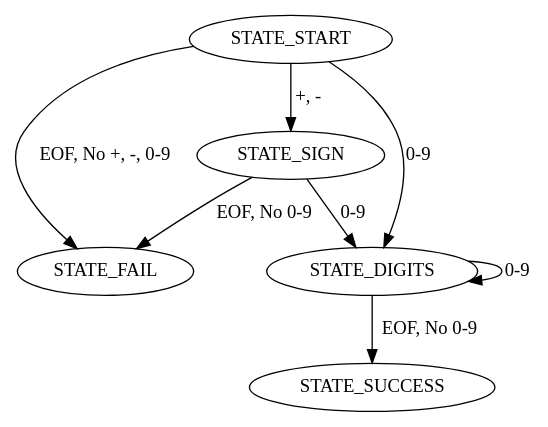
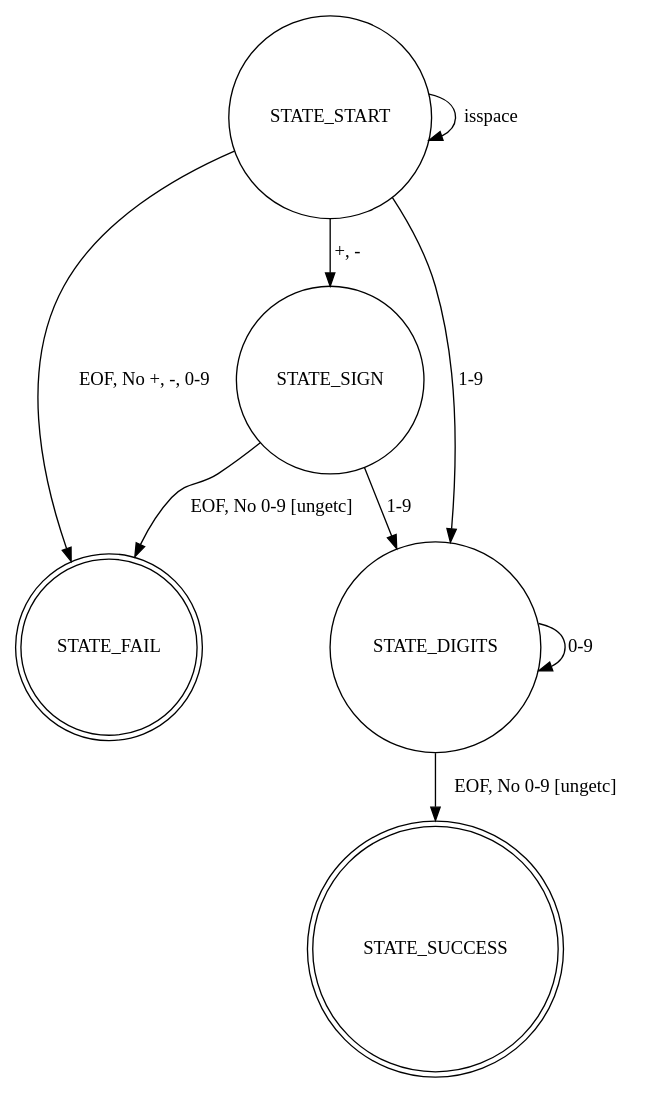
Before and after one commit to acoaquiraticona/SSLALE23: the diagram in 02-Sumadores/ConstanteDecimalC23.gv, drawn with Graphviz. The commit also changed 2 other files, not shown here.

```diff
--- a/02-Sumadores/ConstanteDecimalC23.gv
+++ b/02-Sumadores/ConstanteDecimalC23.gv
@@ -1,13 +1,18 @@
 digraph G {
+    node [shape = doublecircle]; STATE_SUCCESS; STATE_FAIL;
+    node [shape = circle];
+
+    STATE_START -> STATE_START [label = "isspace"];
+    STATE_START -> STATE_SIGN [label = "+, -"];
+    STATE_START -> STATE_DIGITS [label = "1-9"];
     STATE_START -> STATE_FAIL [label="EOF, No +, -, 0-9"];
-    STATE_START -> STATE_SIGN [label = "+, -"];
-    STATE_START -> STATE_DIGITS [label = "0-9"];
     
-    STATE_SIGN -> STATE_DIGITS [label = "0-9"];
-    STATE_SIGN -> STATE_FAIL [label = "EOF, No 0-9"];
+    
+    STATE_SIGN -> STATE_DIGITS [label = "1-9"];
+    STATE_SIGN -> STATE_FAIL [label = "EOF, No 0-9 [ungetc]"];
 
     STATE_DIGITS -> STATE_DIGITS [label = "0-9"];
-    STATE_DIGITS -> STATE_SUCCESS [label = "EOF, No 0-9"];
+    STATE_DIGITS -> STATE_SUCCESS [label = "EOF, No 0-9 [ungetc]"];
     
 
 }
```
